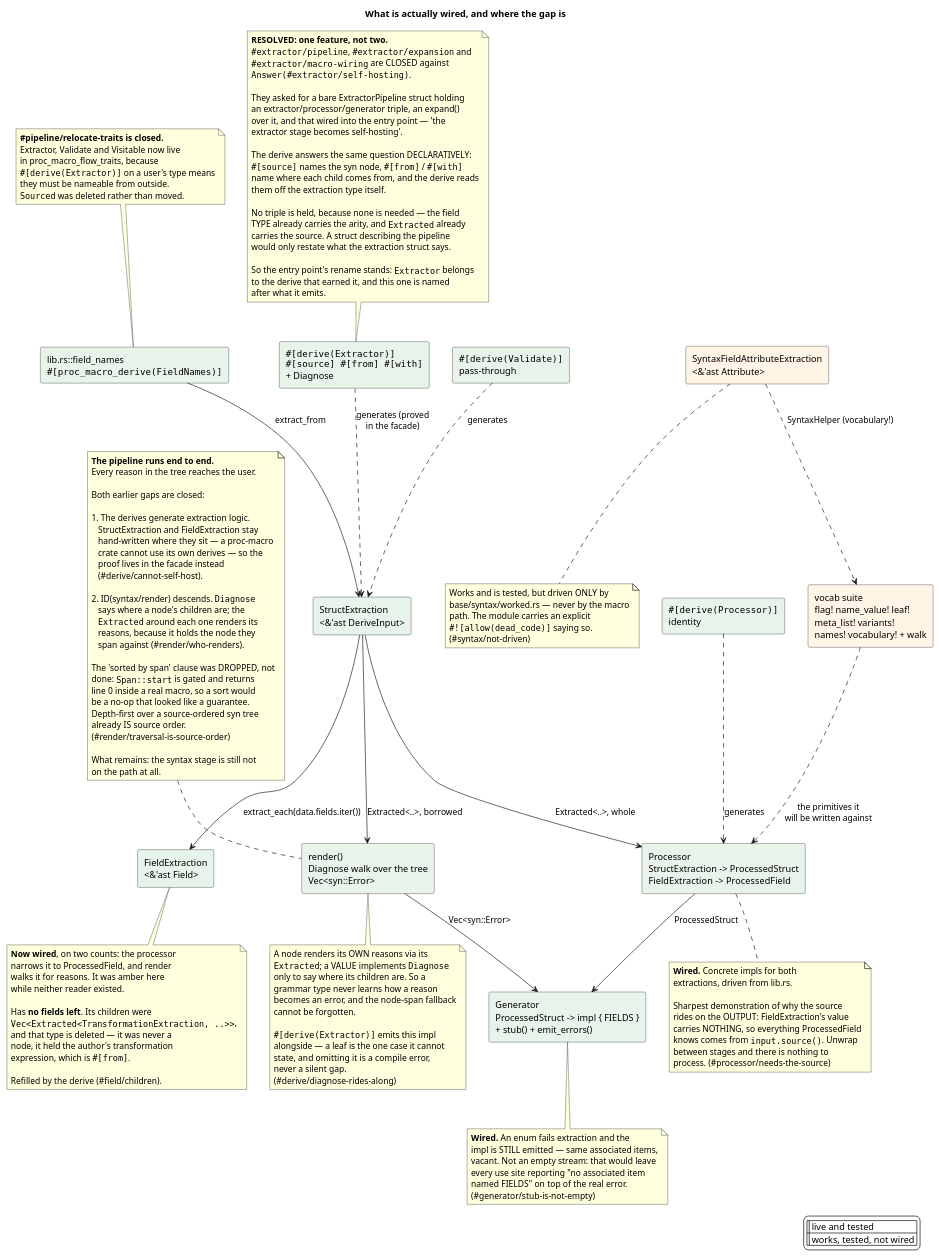
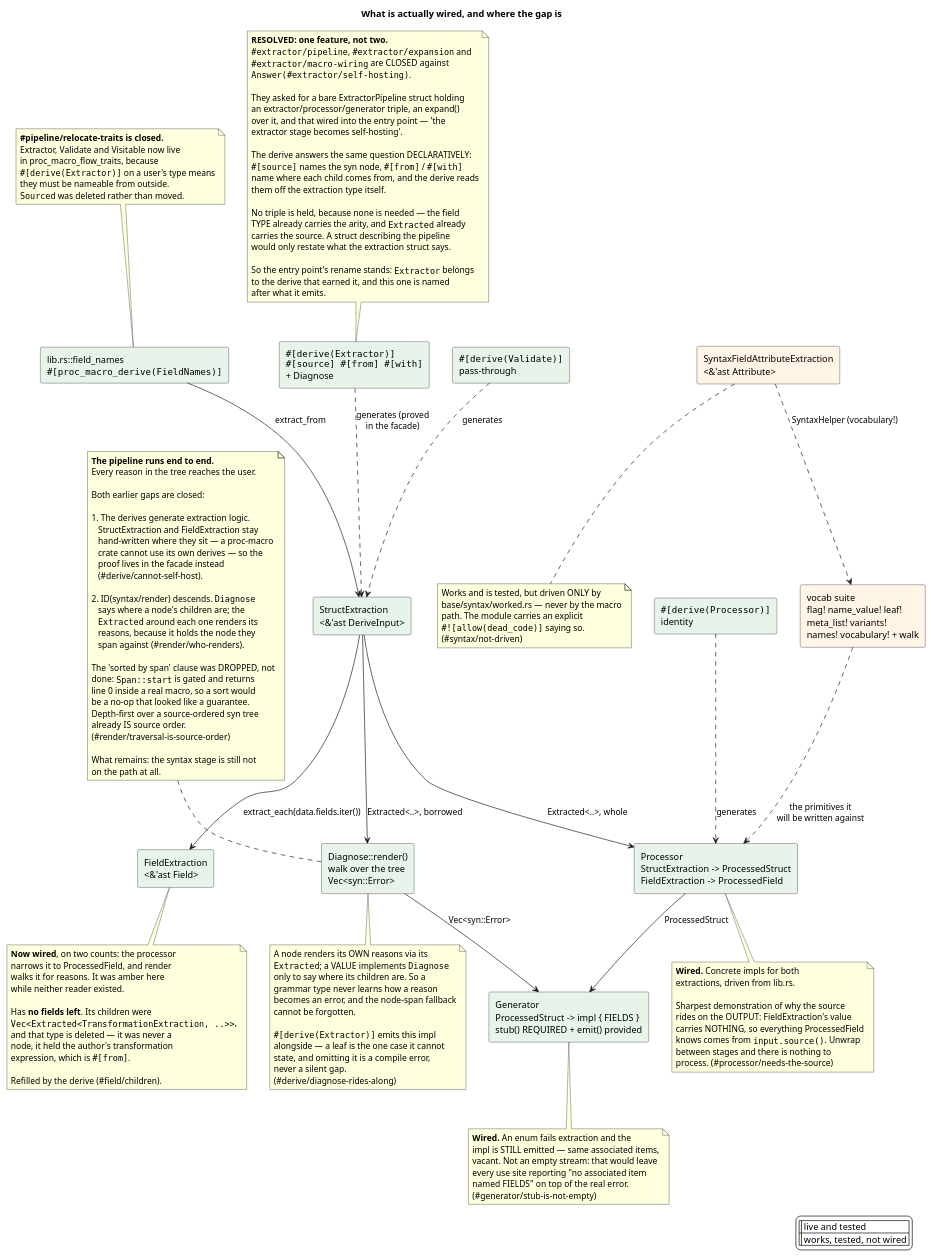
Before and after one commit to nzuzomagagula/proc-macro-flow: the diagram in docs/design/03-pipeline-status.puml, drawn with PlantUML. The commit also changed 32 other files, not shown here.

```diff
--- a/docs/design/03-pipeline-status.puml
+++ b/docs/design/03-pipeline-status.puml
@@ -1,175 +1,175 @@
 @startuml pipeline-status
 title What is actually wired, and where the gap is
 
 skinparam shadowing false
 skinparam legendBackgroundColor #FFFFFF
 
 rectangle "lib.rs::field_names\n""#[proc_macro_derive(FieldNames)]""" as Entry #E8F4EA
 
 rectangle "StructExtraction\n<&'ast DeriveInput>" as S #E8F4EA
 rectangle "FieldExtraction\n<&'ast Field>" as F #E8F4EA
 rectangle "SyntaxFieldAttributeExtraction\n<&'ast Attribute>" as Y #FFF4E5
 
 rectangle "vocab suite\nflag! name_value! leaf!\nmeta_list! variants!\nnames! vocabulary! + walk" as V #FFF4E5
 
 rectangle "Processor\nStructExtraction -> ProcessedStruct\nFieldExtraction  -> ProcessedField" as P #E8F4EA
-rectangle "Generator\nProcessedStruct -> impl { FIELDS }\n+ stub() + emit_errors()" as G #E8F4EA
+rectangle "Generator\nProcessedStruct -> impl { FIELDS }\nstub() REQUIRED + emit() provided" as G #E8F4EA
 
-rectangle "render()\nDiagnose walk over the tree\nVec<syn::Error>" as R #E8F4EA
+rectangle "Diagnose::render()\nwalk over the tree\nVec<syn::Error>" as R #E8F4EA
 
 rectangle """#[derive(Extractor)]""\n""#[source] #[from] #[with]""\n+ Diagnose" as DE #E8F4EA
 rectangle """#[derive(Processor)]""\nidentity" as DP #E8F4EA
 rectangle """#[derive(Validate)]""\npass-through" as DV #E8F4EA
 
 Entry --> S : extract_from
 S --> F : extract_each(data.fields.iter())
 
 S --> R : Extracted<..>, borrowed
 R --> G : Vec<syn::Error>
 S --> P : Extracted<..>, whole
 P --> G : ProcessedStruct
 
 V ..> P : the primitives it\nwill be written against
 Y ..> V : SyntaxHelper (vocabulary!)
 
 DE ..> S : generates (proved\nin the facade)
 DP ..> P : generates
 DV ..> S : generates
 
 note bottom of F
   **Now wired**, on two counts: the processor
   narrows it to ProcessedField, and render
   walks it for reasons. It was amber here
   while neither reader existed.
 
   Has **no fields left**. Its children were
   ""Vec<Extracted<TransformationExtraction, ..>>"",
   and that type is deleted — it was never a
   node, it held the author's transformation
   expression, which is ""#[from]"".
 
   Refilled by the derive (#field/children).
 end note
 
 note bottom of Y
   Works and is tested, but driven ONLY by
   base/syntax/worked.rs — never by the macro
   path. The module carries an explicit
   ""#![allow(dead_code)]"" saying so.
   (#syntax/not-driven)
 end note
 
 note bottom of P
   **Wired.** Concrete impls for both
   extractions, driven from lib.rs.
 
   Sharpest demonstration of why the source
   rides on the OUTPUT: FieldExtraction's value
   carries NOTHING, so everything ProcessedField
   knows comes from ""input.source()"". Unwrap
   between stages and there is nothing to
   process. (#processor/needs-the-source)
 end note
 
 note bottom of G
   **Wired.** An enum fails extraction and the
   impl is STILL emitted — same associated items,
   vacant. Not an empty stream: that would leave
   every use site reporting "no associated item
   named FIELDS" on top of the real error.
   (#generator/stub-is-not-empty)
 end note
 
 legend right
   |<#E8F4EA>| live and tested |
   |<#FFF4E5>| works, tested, not wired |
 endlegend
 
 note as Gap
   **The pipeline runs end to end.**
   Every reason in the tree reaches the user.
 
   Both earlier gaps are closed:
 
   1. The derives generate extraction logic.
      StructExtraction and FieldExtraction stay
      hand-written where they sit — a proc-macro
      crate cannot use its own derives — so the
      proof lives in the facade instead
      (#derive/cannot-self-host).
 
   2. ID(syntax/render) descends. ""Diagnose""
      says where a node's children are; the
      ""Extracted"" around each one renders its
      reasons, because it holds the node they
      span against (#render/who-renders).
 
   The 'sorted by span' clause was DROPPED, not
   done: ""Span::start"" is gated and returns
   line 0 inside a real macro, so a sort would
   be a no-op that looked like a guarantee.
   Depth-first over a source-ordered syn tree
   already IS source order.
   (#render/traversal-is-source-order)
 
   What remains: the syntax stage is still not
   on the path at all.
 end note
 
 Gap .. R
 
 note bottom of R
   A node renders its OWN reasons via its
   ""Extracted""; a VALUE implements ""Diagnose""
   only to say where its children are. So a
   grammar type never learns how a reason
   becomes an error, and the node-span fallback
   cannot be forgotten.
 
   ""#[derive(Extractor)]"" emits this impl
   alongside — a leaf is the one case it cannot
   state, and omitting it is a compile error,
   never a silent gap.
   (#derive/diagnose-rides-along)
 end note
 
 note as Closed
   **#pipeline/relocate-traits is closed.**
   Extractor, Validate and Visitable now live
   in proc_macro_flow_traits, because
   ""#[derive(Extractor)]"" on a user's type means
   they must be nameable from outside.
   ""Sourced"" was deleted rather than moved.
 end note
 
 Closed .. Entry
 
 note as Naming
   **RESOLVED: one feature, not two.**
   ""#extractor/pipeline"", ""#extractor/expansion"" and
   ""#extractor/macro-wiring"" are CLOSED against
   ""Answer(#extractor/self-hosting)"".
 
   They asked for a bare ExtractorPipeline struct holding
   an extractor/processor/generator triple, an expand()
   over it, and that wired into the entry point — 'the
   extractor stage becomes self-hosting'.
 
   The derive answers the same question DECLARATIVELY:
   ""#[source]"" names the syn node, ""#[from]"" / ""#[with]""
   name where each child comes from, and the derive reads
   them off the extraction type itself.
 
   No triple is held, because none is needed — the field
   TYPE already carries the arity, and ""Extracted"" already
   carries the source. A struct describing the pipeline
   would only restate what the extraction struct says.
 
   So the entry point's rename stands: ""Extractor"" belongs
   to the derive that earned it, and this one is named
   after what it emits.
 end note
 
 Naming .. DE
 
 @enduml
```
